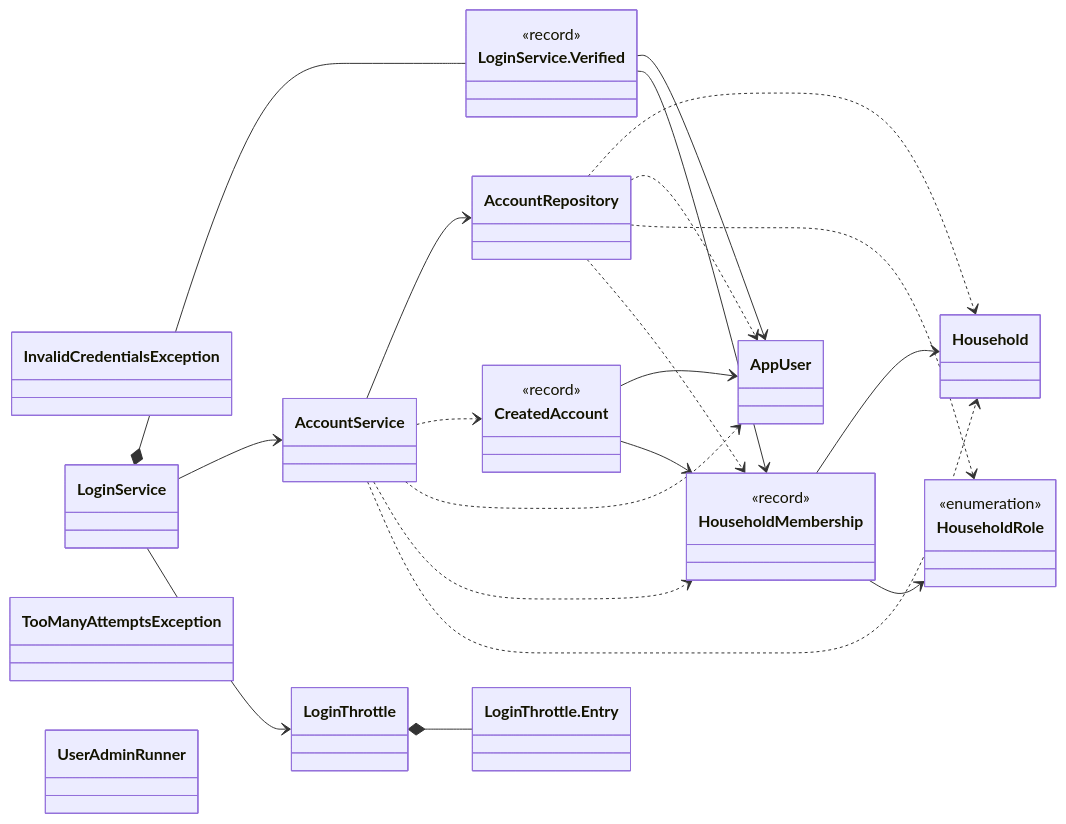
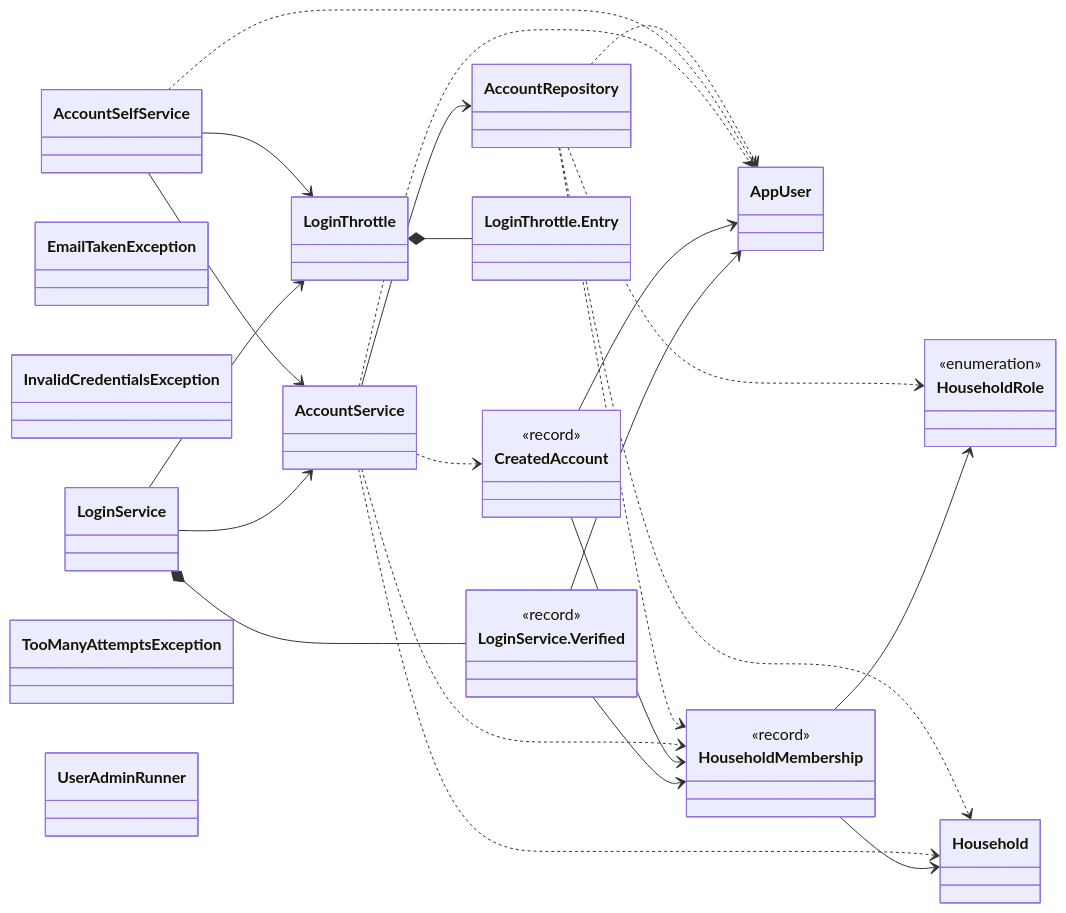
Before and after one commit to Nate-ryan-7690/dahaem: the first of 17 diagrams in docs/classes/auth.md, drawn with Mermaid. The commit also changed other lines of this file and 4 other files, not shown here.

````diff
--- a/docs/classes/auth.md
+++ b/docs/classes/auth.md
@@ -11,45 +11,50 @@
 ```mermaid
 classDiagram
     direction LR
     class auth_AccountRepository["AccountRepository"]
+    class auth_AccountSelfService["AccountSelfService"]
     class auth_AccountService["AccountService"]
     class auth_AppUser["AppUser"]
     class auth_CreatedAccount["CreatedAccount"] {
         <<record>>
     }
+    class auth_EmailTakenException["EmailTakenException"]
     class auth_Household["Household"]
     class auth_HouseholdMembership["HouseholdMembership"] {
         <<record>>
     }
     class auth_HouseholdRole["HouseholdRole"] {
         <<enumeration>>
     }
     class auth_InvalidCredentialsException["InvalidCredentialsException"]
     class auth_LoginService["LoginService"]
     class auth_LoginService_Verified["LoginService.Verified"] {
         <<record>>
     }
     class auth_LoginThrottle["LoginThrottle"]
     class auth_LoginThrottle_Entry["LoginThrottle.Entry"]
     class auth_TooManyAttemptsException["TooManyAttemptsException"]
     class auth_UserAdminRunner["UserAdminRunner"]
     auth_AccountRepository ..> auth_Household
     auth_AccountRepository ..> auth_AppUser
     auth_AccountRepository ..> auth_HouseholdRole
     auth_AccountRepository ..> auth_HouseholdMembership
+    auth_AccountSelfService --> auth_AccountService
+    auth_AccountSelfService --> auth_LoginThrottle
+    auth_AccountSelfService ..> auth_AppUser
     auth_AccountService --> auth_AccountRepository
     auth_AccountService ..> auth_CreatedAccount
     auth_AccountService ..> auth_AppUser
     auth_AccountService ..> auth_HouseholdMembership
     auth_AccountService ..> auth_Household
     auth_CreatedAccount --> auth_AppUser
     auth_CreatedAccount --> auth_HouseholdMembership
     auth_HouseholdMembership --> auth_Household
     auth_HouseholdMembership --> auth_HouseholdRole
     auth_LoginService *-- auth_LoginService_Verified
     auth_LoginService --> auth_AccountService
     auth_LoginService --> auth_LoginThrottle
     auth_LoginService_Verified --> auth_AppUser
     auth_LoginService_Verified --> auth_HouseholdMembership
     auth_LoginThrottle *-- auth_LoginThrottle_Entry
 ```
````
